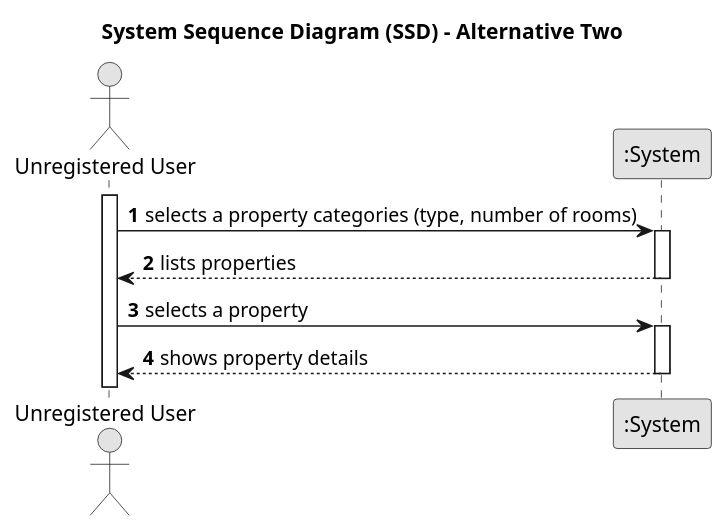
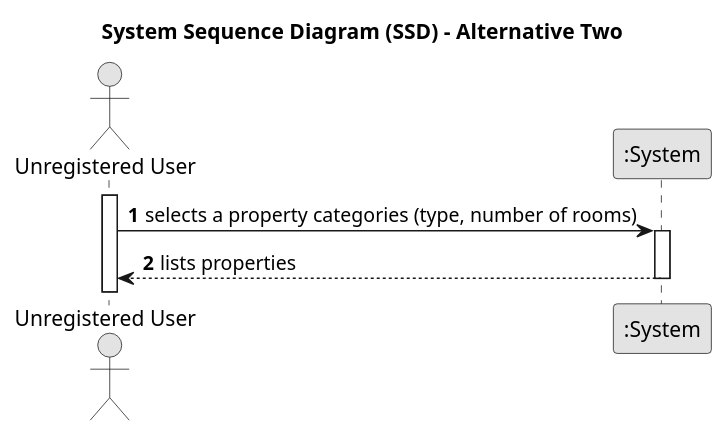
Before and after one commit to Goncalves2525/real-estate-management-system: the diagram in docs/sprintA/us001/01.requirements-engineering/puml/us001-system-sequence-diagram-alternative-two.puml, drawn with PlantUML. The commit also changed 3 other files, not shown here.

```diff
--- a/docs/sprintA/us001/01.requirements-engineering/puml/us001-system-sequence-diagram-alternative-two.puml
+++ b/docs/sprintA/us001/01.requirements-engineering/puml/us001-system-sequence-diagram-alternative-two.puml
@@ -1,29 +1,24 @@
 @startuml
 skinparam monochrome true
 skinparam packageStyle rectangle
 skinparam shadowing false
 
 title System Sequence Diagram (SSD) - Alternative Two
 
 autonumber
 
 actor "Unregistered User" as User
 participant ":System" as System
 
 activate User
 
     User -> System : selects a property categories (type, number of rooms)
     activate System
 
         System --> User : lists properties
     deactivate System
 
 
-    User -> System : selects a property
-    activate System
-
-        System --> User : shows property details
-    deactivate System
 
 
 @enduml
```
